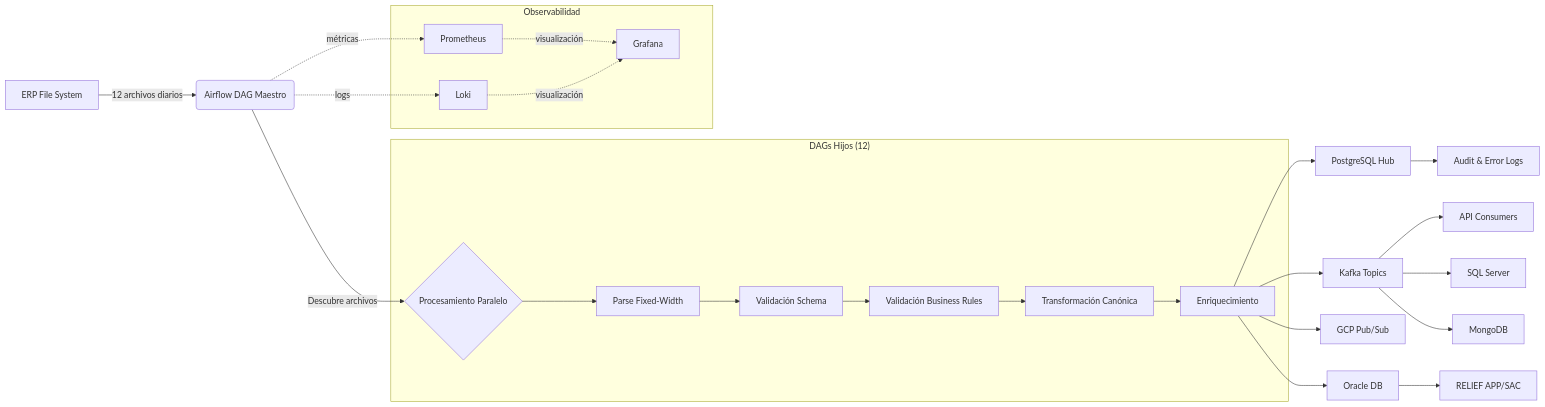
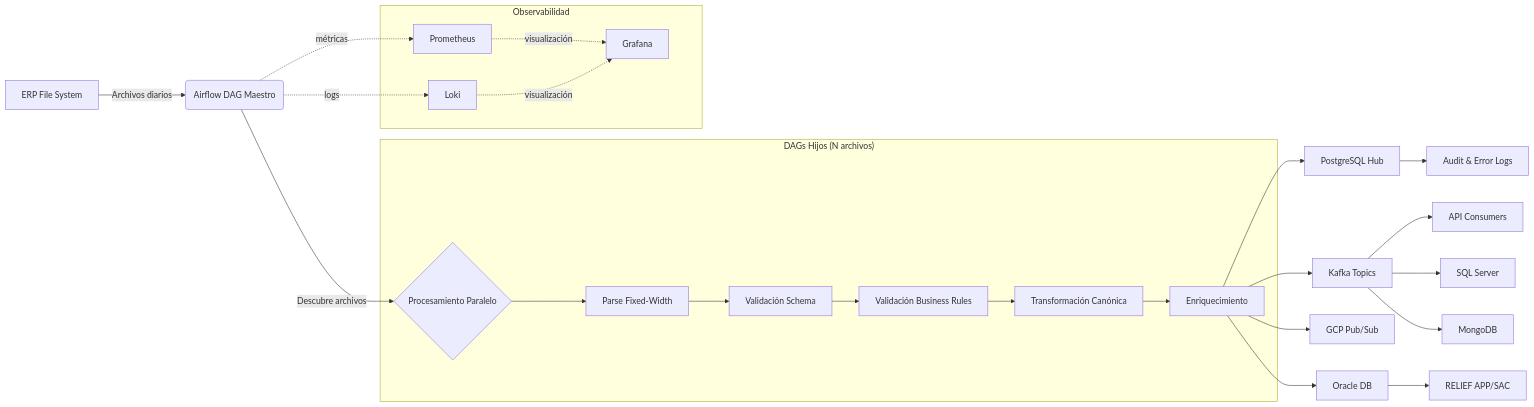
One commit to ikitech-solutions/ikitech-grupo-exito-c1 changed the diagram in README.md. Above: the diagram before and after it, drawn with Mermaid. The commit also changed other lines of this file, not shown here.

````diff
--- a/README.md
+++ b/README.md
@@ -112,37 +114,37 @@
 ```mermaid
 graph LR
-    A[ERP File System] -->|12 archivos diarios| B(Airflow DAG Maestro)
+    A[ERP File System] -->|Archivos diarios| B(Airflow DAG Maestro)
     B -->|Descubre archivos| C{Procesamiento Paralelo}
     
-    subgraph "DAGs Hijos (12)"
+    subgraph "DAGs Hijos (N archivos)"
         C --> D1[Parse Fixed-Width]
         D1 --> D2[Validación Schema]
         D2 --> D3[Validación Business Rules]
         D3 --> D4[Transformación Canónica]
         D4 --> D5[Enriquecimiento]
     end
     
     D5 --> E[PostgreSQL Hub]
     D5 --> F[Kafka Topics]
     D5 --> G[GCP Pub/Sub]
     D5 --> H4[Oracle DB]
     
     F --> H1[API Consumers]
     F --> H2[SQL Server]
     F --> H3[MongoDB]
     
     H4 --> I[RELIEF APP/SAC]
     
     E --> J[Audit & Error Logs]
     
     subgraph "Observabilidad"
         K[Prometheus]
         L[Grafana]
         M[Loki]
     end
     
     B -.métricas.-> K
     K -.visualización.-> L
     B -.logs.-> M
     M -.visualización.-> L
 ```
````
